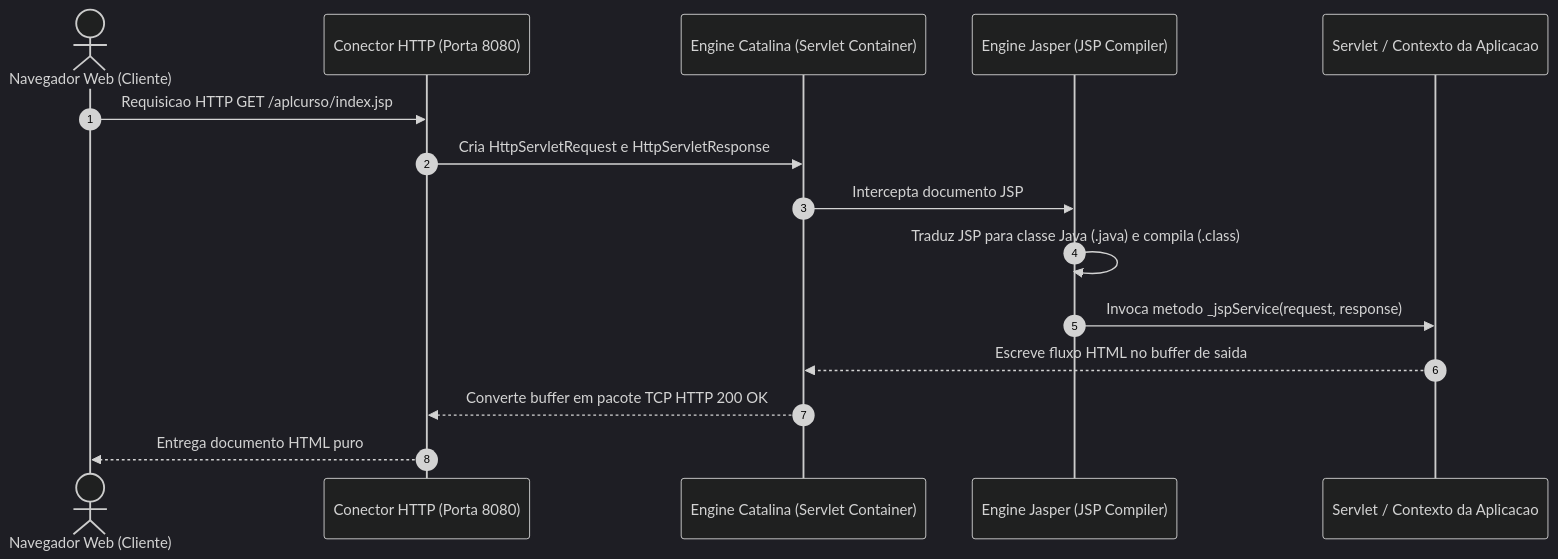
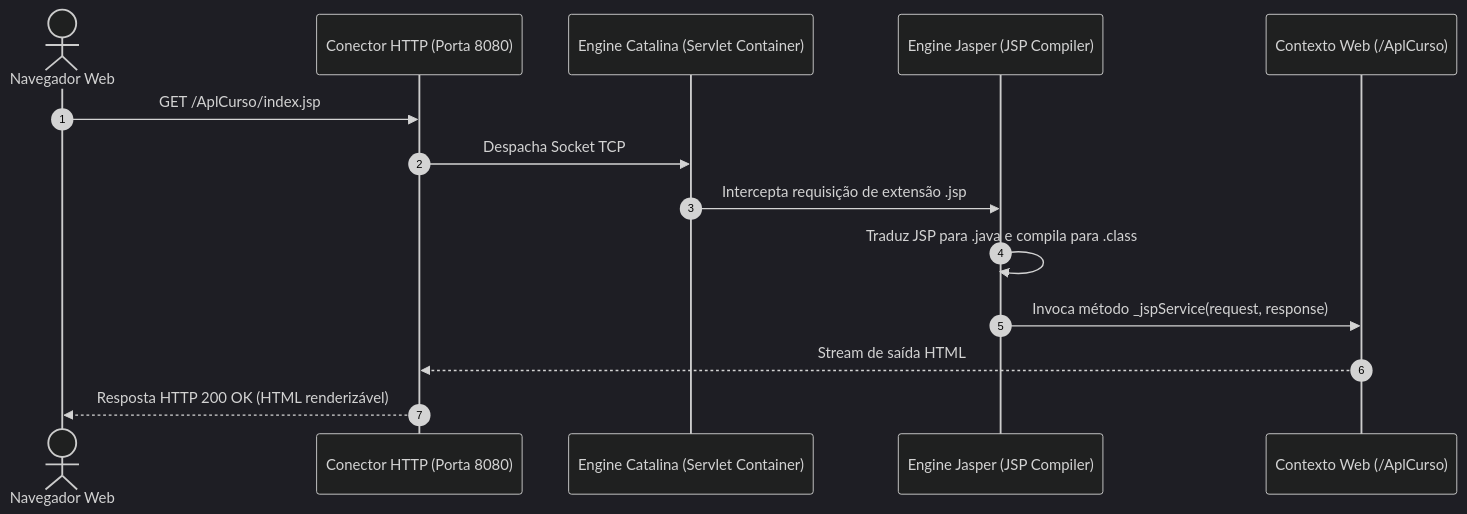
One commit to murilolol/unifef changed the eighth of 26 diagrams in 3º Semestre/[Prof. Jefferson Passerini] Laboratório de Programação III/Resumos-IA/Simulados-Comentados.md. Above: the diagram before and after it, drawn with Mermaid (dark theme). The commit also changed other lines of this file and 10 other files, not shown here.

````diff
--- a/3º Semestre/[Prof. Jefferson Passerini] Laboratório de Programação III/Resumos-IA/Simulados-Comentados.md
+++ b/3º Semestre/[Prof. Jefferson Passerini] Laboratório de Programação III/Resumos-IA/Simulados-Comentados.md
@@ -112,18 +458,17 @@
 ```mermaid
 sequenceDiagram
-    autonumber
-    actor Navegador as Navegador Web (Cliente)
-    participant Conector as Conector HTTP (Porta 8080)
-    participant Catalina as Engine Catalina (Servlet Container)
-    participant Jasper as Engine Jasper (JSP Compiler)
-    participant Servlet as Servlet / Contexto da Aplicacao
+  autonumber
+  actor Navegador as Navegador Web
+  participant Conector as Conector HTTP (Porta 8080)
+  participant Catalina as Engine Catalina (Servlet Container)
+  participant Jasper as Engine Jasper (JSP Compiler)
+  participant App as Contexto Web (/AplCurso)
 
-    Navegador->>Conector: Requisicao HTTP GET /aplcurso/index.jsp
-    Conector->>Catalina: Cria HttpServletRequest e HttpServletResponse
-    Catalina->>Jasper: Intercepta documento JSP
-    Jasper->>Jasper: Traduz JSP para classe Java (.java) e compila (.class)
-    Jasper->>Servlet: Invoca metodo _jspService(request, response)
-    Servlet-->>Catalina: Escreve fluxo HTML no buffer de saida
-    Catalina-->>Conector: Converte buffer em pacote TCP HTTP 200 OK
-    Conector-->>Navegador: Entrega documento HTML puro
+  Navegador->>Conector: GET /AplCurso/index.jsp
+  Conector->>Catalina: Despacha Socket TCP
+  Catalina->>Jasper: Intercepta requisição de extensão .jsp
+  Jasper->>Jasper: Traduz JSP para .java e compila para .class
+  Jasper->>App: Invoca método _jspService(request, response)
+  App-->>Conector: Stream de saída HTML
+  Conector-->>Navegador: Resposta HTTP 200 OK (HTML renderizável)
 ```
````
